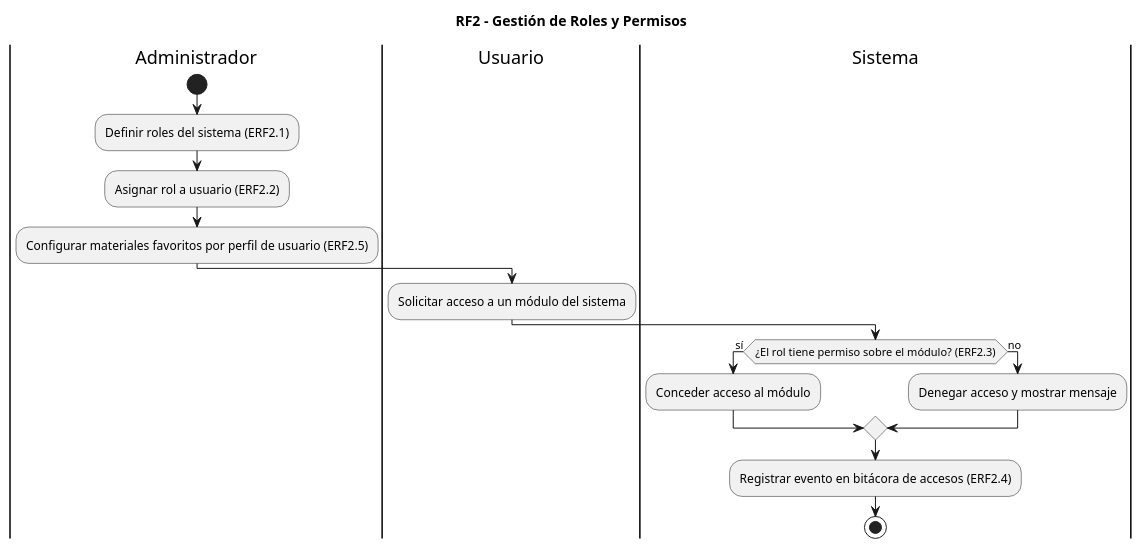
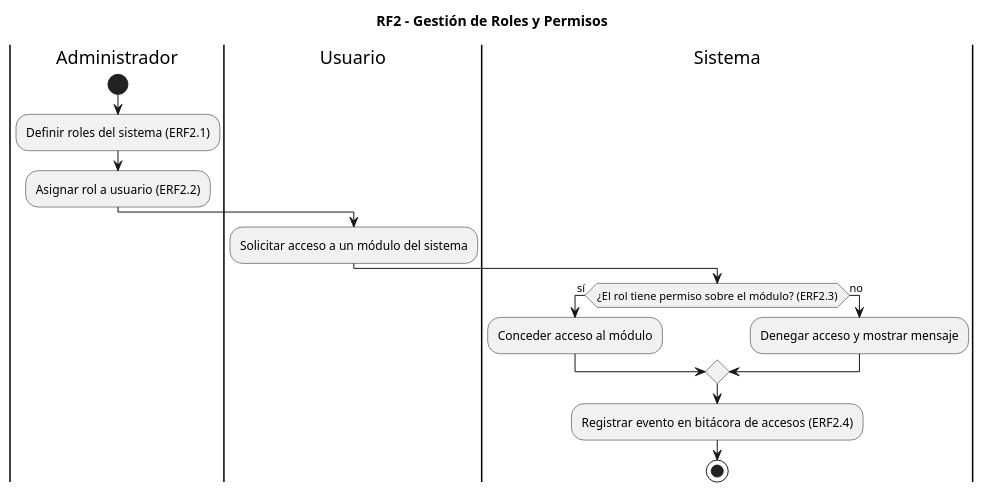
One commit to kevinZP-ai/pagina-web-almexa changed the diagram in public/anexos/03-Diagramas/Diagramas_De_Actividad/RF2_roles_permisos.puml. Above: the diagram before and after it, drawn with PlantUML. The commit also changed 55 other files, not shown here.

```diff
--- a/public/anexos/03-Diagramas/Diagramas_De_Actividad/RF2_roles_permisos.puml
+++ b/public/anexos/03-Diagramas/Diagramas_De_Actividad/RF2_roles_permisos.puml
@@ -1,22 +1,21 @@
 @startuml
 title RF2 - Gestión de Roles y Permisos
 
 |Administrador|
 start
 :Definir roles del sistema (ERF2.1);
 :Asignar rol a usuario (ERF2.2);
-:Configurar materiales favoritos por perfil de usuario (ERF2.5);
 
 |Usuario|
 :Solicitar acceso a un módulo del sistema;
 
 |Sistema|
 if (¿El rol tiene permiso sobre el módulo? (ERF2.3)) then (sí)
   :Conceder acceso al módulo;
 else (no)
   :Denegar acceso y mostrar mensaje;
 endif
 :Registrar evento en bitácora de accesos (ERF2.4);
 
 stop
 @enduml
```
